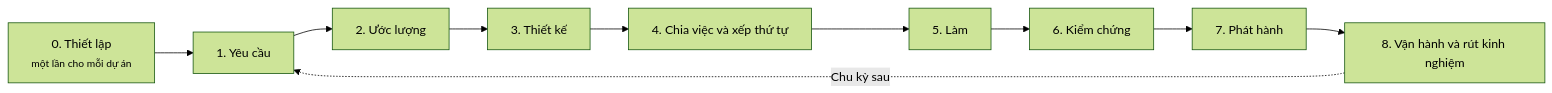
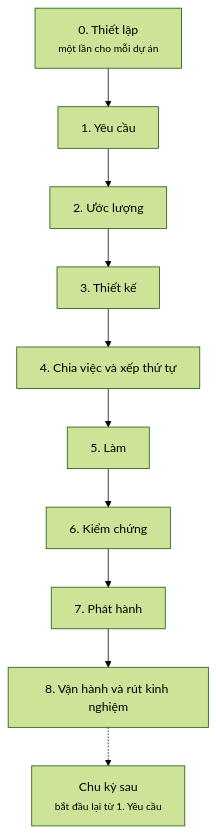
One commit to lamngockhuong/aiteamkit changed the first of 3 diagrams in docs/vi/flow/project-flow.md. Above: the diagram before and after it, drawn with Mermaid (forest theme). The commit also changed other lines of this file and 14 other files, not shown here.

````diff
--- a/docs/vi/flow/project-flow.md
+++ b/docs/vi/flow/project-flow.md
@@ -17,12 +17,12 @@
 ```mermaid
-flowchart LR
+flowchart TD
     P0["0. Thiết lập<br/><small>một lần cho mỗi dự án</small>"] --> P1["1. Yêu cầu"]
     P1 --> P2["2. Ước lượng"]
     P2 --> P3["3. Thiết kế"]
     P3 --> P4["4. Chia việc và xếp thứ tự"]
     P4 --> P5["5. Làm"]
     P5 --> P6["6. Kiểm chứng"]
     P6 --> P7["7. Phát hành"]
     P7 --> P8["8. Vận hành và rút kinh nghiệm"]
-    P8 -.->|Chu kỳ sau| P1
+    P8 -.-> NC["Chu kỳ sau<br/><small>bắt đầu lại từ 1. Yêu cầu</small>"]
 ```
````
